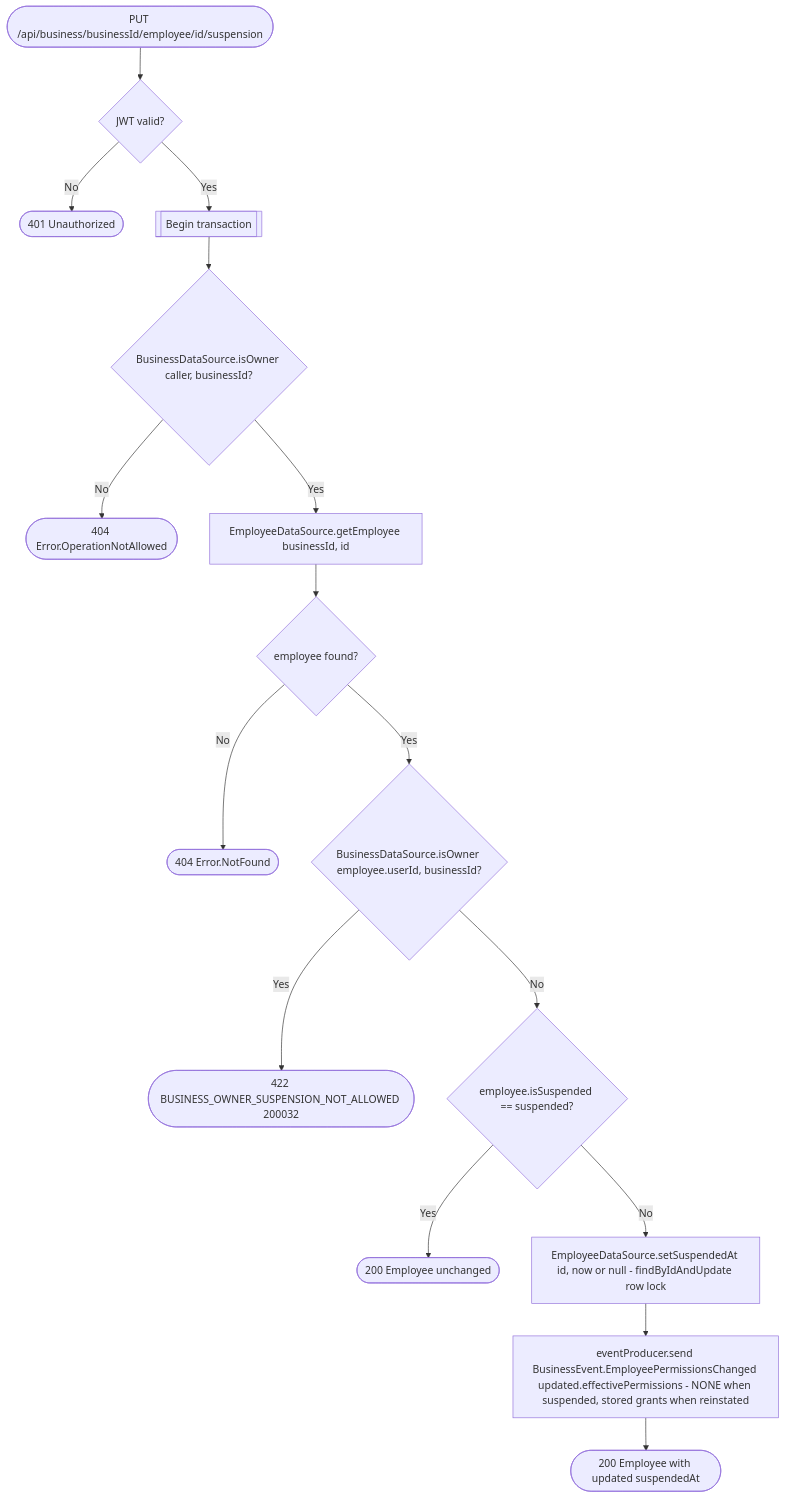
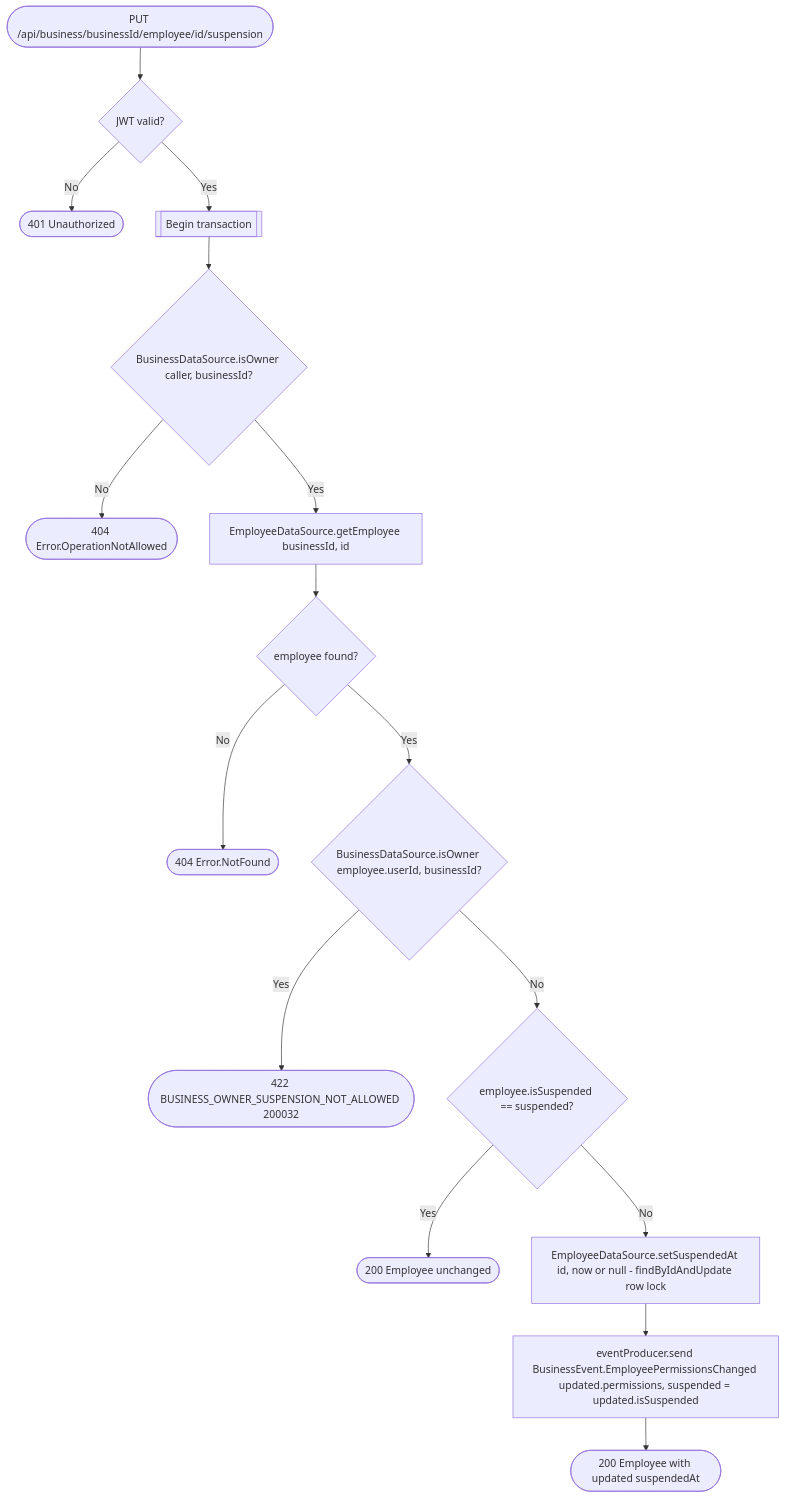
Before and after one commit to an22/bookk.me-backend: the diagram in docs/operations/business/set-employee-suspension.md, drawn with Mermaid. The commit also changed other lines of this file and 65 other files, not shown here.

````diff
--- a/docs/operations/business/set-employee-suspension.md
+++ b/docs/operations/business/set-employee-suspension.md
@@ -30,18 +38,18 @@
 ```mermaid
 flowchart TD
     Start([PUT /api/business/businessId/employee/id/suspension]) --> Auth{JWT valid?}
     Auth -- No --> R401([401 Unauthorized])
     Auth -- Yes --> Tx[[Begin transaction]]
     Tx --> PermCheck{BusinessDataSource.isOwner caller, businessId?}
     PermCheck -- No --> R404a([404 Error.OperationNotAllowed])
     PermCheck -- Yes --> Lookup[EmployeeDataSource.getEmployee businessId, id]
     Lookup --> Found{employee found?}
     Found -- No --> R404b([404 Error.NotFound])
     Found -- Yes --> Owner{BusinessDataSource.isOwner employee.userId, businessId?}
     Owner -- Yes --> R422o([422 BUSINESS_OWNER_SUSPENSION_NOT_ALLOWED 200032])
     Owner -- No --> Same{employee.isSuspended == suspended?}
     Same -- Yes --> R200a([200 Employee unchanged])
     Same -- No --> Set[EmployeeDataSource.setSuspendedAt id, now or null - findByIdAndUpdate row lock]
-    Set --> Event[eventProducer.send BusinessEvent.EmployeePermissionsChanged updated.effectivePermissions - NONE when suspended, stored grants when reinstated]
+    Set --> Event[eventProducer.send BusinessEvent.EmployeePermissionsChanged updated.permissions, suspended = updated.isSuspended]
     Event --> R200([200 Employee with updated suspendedAt])
 ```
````
